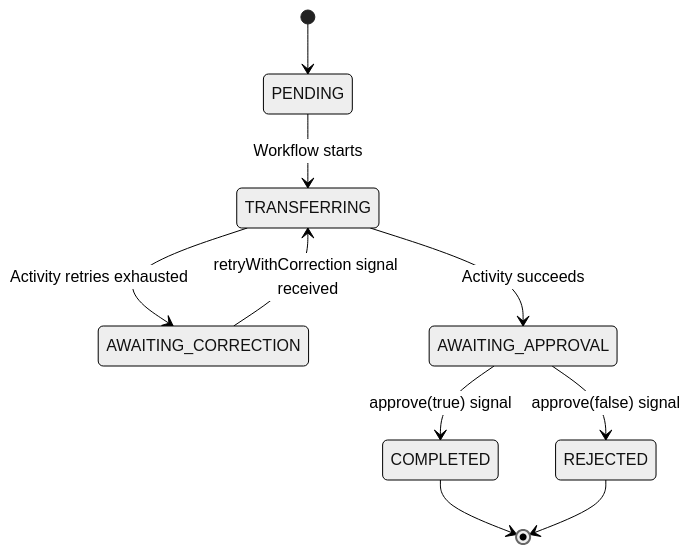
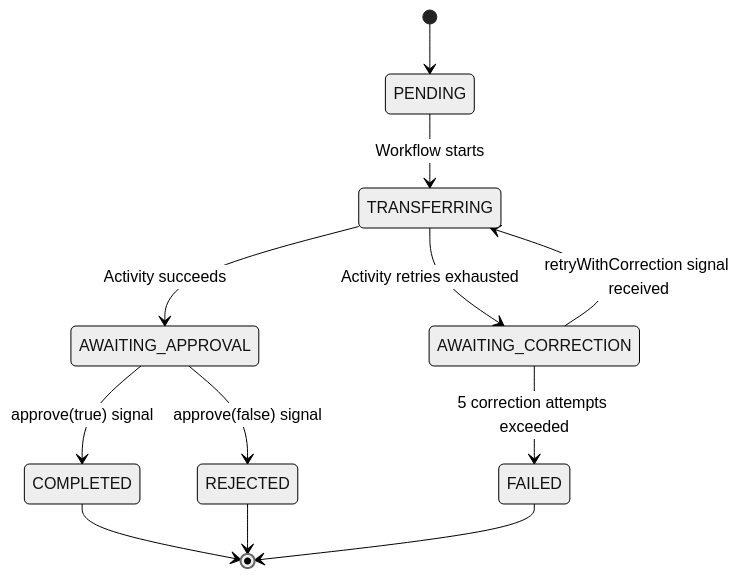
One commit to joshmsmith/temporal-design-patterns changed the second of 2 diagrams in docs/resumable-activity.md. Above: the diagram before and after it, drawn with Mermaid (neutral theme). The commit also changed other lines of this file and 115 other files, not shown here.

````diff
--- a/docs/resumable-activity.md
+++ b/docs/resumable-activity.md
@@ -408,12 +437,14 @@
 ```mermaid
 stateDiagram-v2
     [*] --> PENDING
     PENDING --> TRANSFERRING : Workflow starts
     TRANSFERRING --> AWAITING_CORRECTION : Activity retries exhausted
     AWAITING_CORRECTION --> TRANSFERRING : retryWithCorrection signal received
+    AWAITING_CORRECTION --> FAILED : 5 correction attempts exceeded
     TRANSFERRING --> AWAITING_APPROVAL : Activity succeeds
     AWAITING_APPROVAL --> COMPLETED : approve(true) signal
     AWAITING_APPROVAL --> REJECTED : approve(false) signal
     COMPLETED --> [*]
     REJECTED --> [*]
+    FAILED --> [*]
 ```
````
